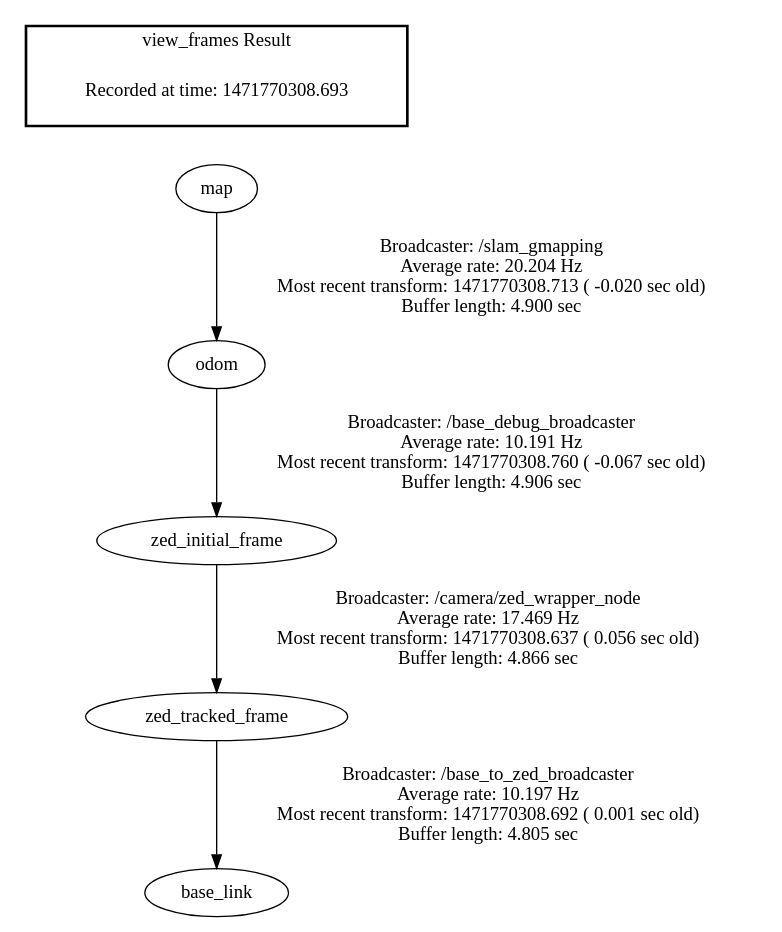
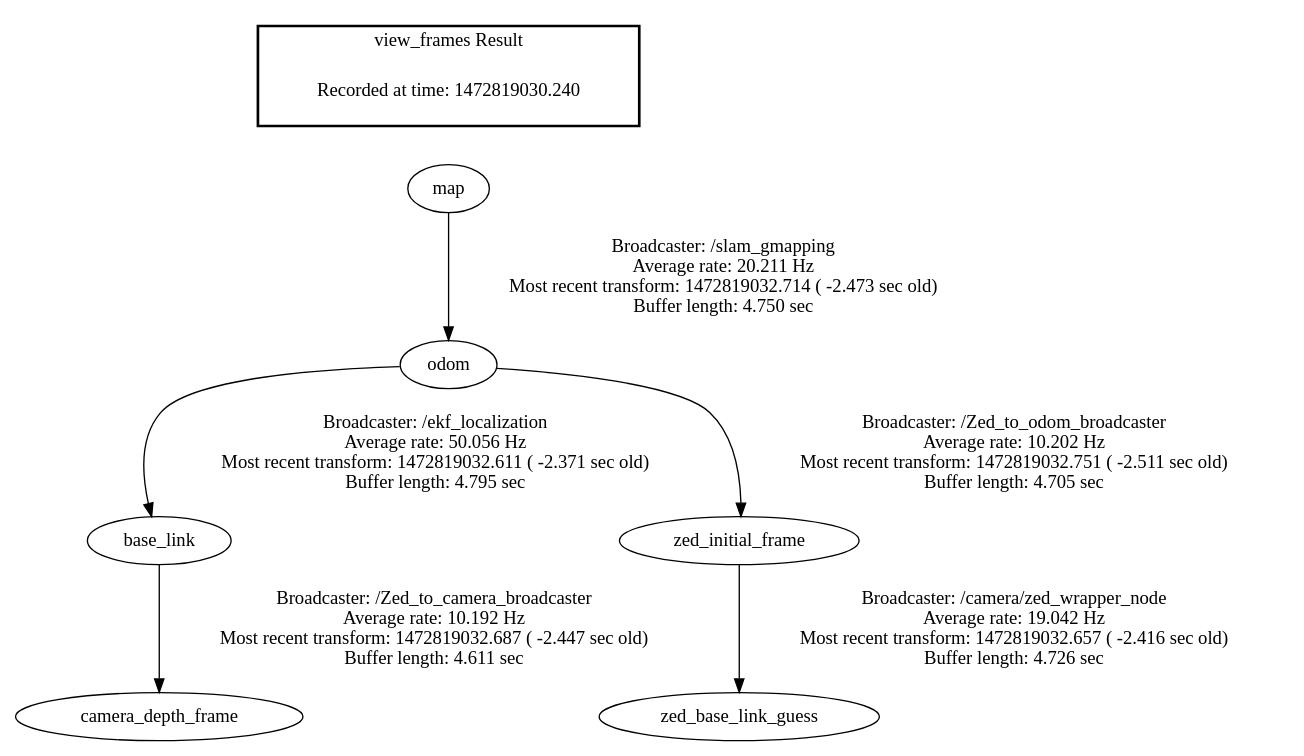
The diagram in catkin_ws/src/PeachBot_2dnav/frames.gv (nburn42/Peach_Bot), drawn with Graphviz before and after one commit. The commit also changed 2 other files, not shown here.

```diff
--- a/catkin_ws/src/PeachBot_2dnav/frames.gv
+++ b/catkin_ws/src/PeachBot_2dnav/frames.gv
@@ -1,10 +1,11 @@
 digraph G {
-"odom" -> "zed_initial_frame"[label="Broadcaster: /base_debug_broadcaster\nAverage rate: 10.191 Hz\nMost recent transform: 1471770308.760 ( -0.067 sec old)\nBuffer length: 4.906 sec\n"];
-"map" -> "odom"[label="Broadcaster: /slam_gmapping\nAverage rate: 20.204 Hz\nMost recent transform: 1471770308.713 ( -0.020 sec old)\nBuffer length: 4.900 sec\n"];
-"zed_initial_frame" -> "zed_tracked_frame"[label="Broadcaster: /camera/zed_wrapper_node\nAverage rate: 17.469 Hz\nMost recent transform: 1471770308.637 ( 0.056 sec old)\nBuffer length: 4.866 sec\n"];
-"zed_tracked_frame" -> "base_link"[label="Broadcaster: /base_to_zed_broadcaster\nAverage rate: 10.197 Hz\nMost recent transform: 1471770308.692 ( 0.001 sec old)\nBuffer length: 4.805 sec\n"];
+"map" -> "odom"[label="Broadcaster: /slam_gmapping\nAverage rate: 20.211 Hz\nMost recent transform: 1472819032.714 ( -2.473 sec old)\nBuffer length: 4.750 sec\n"];
+"odom" -> "base_link"[label="Broadcaster: /ekf_localization\nAverage rate: 50.056 Hz\nMost recent transform: 1472819032.611 ( -2.371 sec old)\nBuffer length: 4.795 sec\n"];
+"odom" -> "zed_initial_frame"[label="Broadcaster: /Zed_to_odom_broadcaster\nAverage rate: 10.202 Hz\nMost recent transform: 1472819032.751 ( -2.511 sec old)\nBuffer length: 4.705 sec\n"];
+"zed_initial_frame" -> "zed_base_link_guess"[label="Broadcaster: /camera/zed_wrapper_node\nAverage rate: 19.042 Hz\nMost recent transform: 1472819032.657 ( -2.416 sec old)\nBuffer length: 4.726 sec\n"];
+"base_link" -> "camera_depth_frame"[label="Broadcaster: /Zed_to_camera_broadcaster\nAverage rate: 10.192 Hz\nMost recent transform: 1472819032.687 ( -2.447 sec old)\nBuffer length: 4.611 sec\n"];
 edge [style=invis];
  subgraph cluster_legend { style=bold; color=black; label ="view_frames Result";
-"Recorded at time: 1471770308.693"[ shape=plaintext ] ;
+"Recorded at time: 1472819030.240"[ shape=plaintext ] ;
  }->"map";
 }
```
